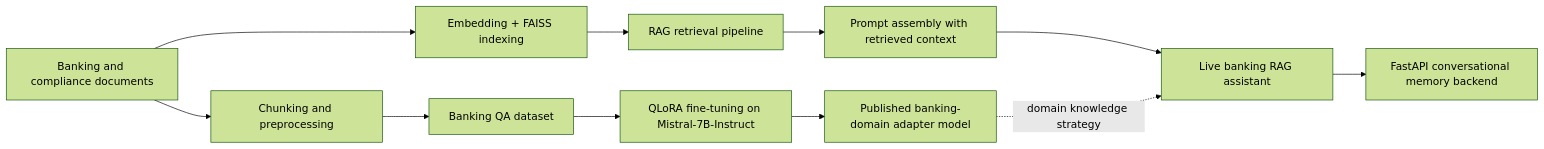
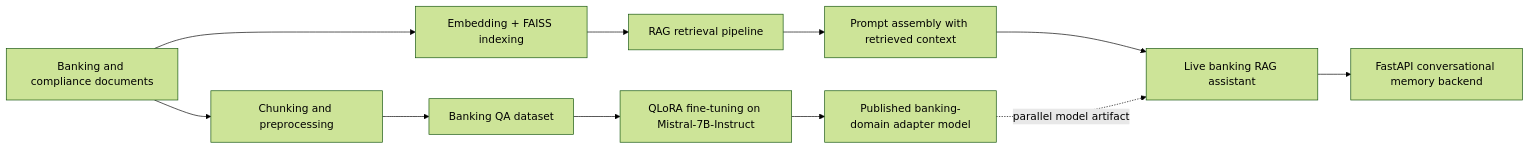
Before and after one commit to rakeshmadasaniai/banking-genai-portfolio: the diagram in README.md, drawn with Mermaid (forest theme).

````diff
--- a/README.md
+++ b/README.md
@@ -90,15 +90,15 @@
 ```mermaid
 flowchart LR
     A["Banking and compliance documents"] --> B["Chunking and preprocessing"]
     B --> C["Banking QA dataset"]
     C --> D["QLoRA fine-tuning on Mistral-7B-Instruct"]
     D --> E["Published banking-domain adapter model"]
 
     A --> F["Embedding + FAISS indexing"]
     F --> G["RAG retrieval pipeline"]
     G --> H["Prompt assembly with retrieved context"]
     H --> I["Live banking RAG assistant"]
     I --> J["FastAPI conversational memory backend"]
 
-    E -. domain knowledge strategy .-> I
+    E -. "parallel model artifact" .-> I
 ```
````
